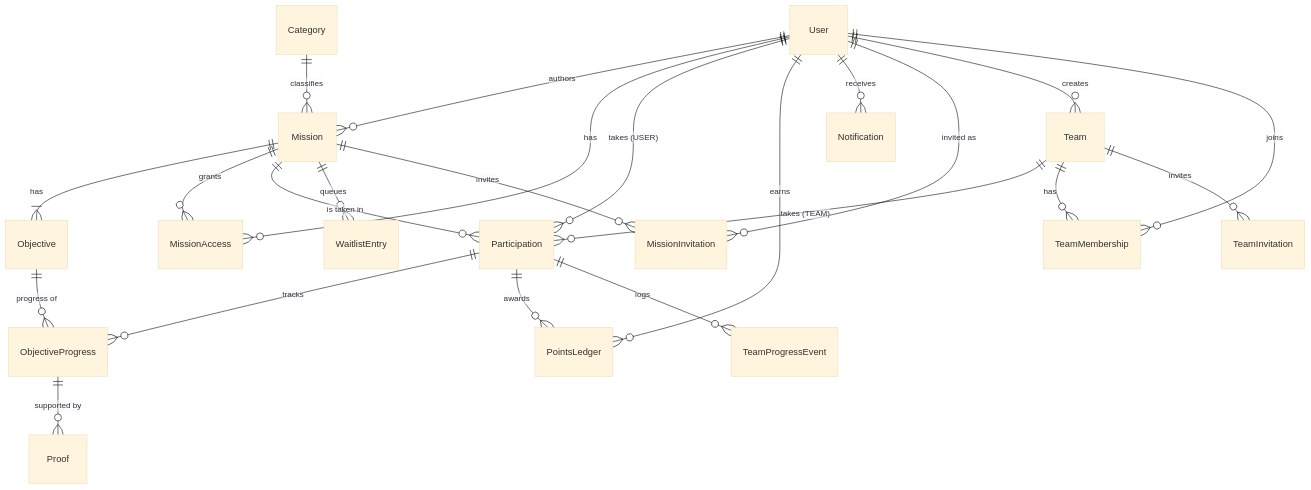
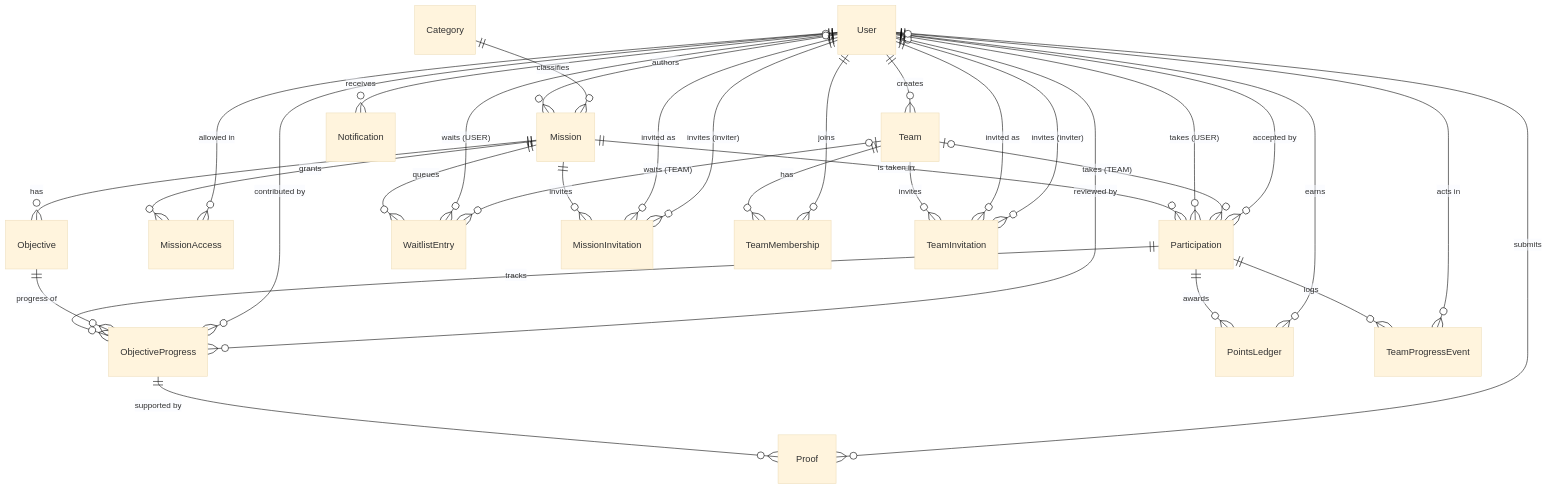
One commit to Mynamesdsuper/sidequest-group40 changed the diagram in docs/design/data-model.md. Above: the diagram before and after it, drawn with Mermaid (base theme). The commit also changed other lines of this file and 2 other files, not shown here.

````diff
--- a/docs/design/data-model.md
+++ b/docs/design/data-model.md
@@ -7,25 +20,35 @@
 ```mermaid
 erDiagram
   User ||--o{ Mission : authors
   Category ||--o{ Mission : classifies
-  Mission ||--|{ Objective : has
+  Mission ||--o{ Objective : has
   Mission ||--o{ MissionAccess : grants
-  User ||--o{ MissionAccess : has
+  User ||--o{ MissionAccess : "allowed in"
   Mission ||--o{ Participation : "is taken in"
-  User ||--o{ Participation : "takes (USER)"
-  Team ||--o{ Participation : "takes (TEAM)"
+  User |o--o{ Participation : "takes (USER)"
+  Team |o--o{ Participation : "takes (TEAM)"
+  User ||--o{ Participation : "accepted by"
   Participation ||--o{ ObjectiveProgress : tracks
   Objective ||--o{ ObjectiveProgress : "progress of"
+  User |o--o{ ObjectiveProgress : "contributed by"
+  User |o--o{ ObjectiveProgress : "reviewed by"
   ObjectiveProgress ||--o{ Proof : "supported by"
+  User ||--o{ Proof : submits
   Participation ||--o{ PointsLedger : awards
   User ||--o{ PointsLedger : earns
   User ||--o{ Notification : receives
   Mission ||--o{ WaitlistEntry : queues
+  User |o--o{ WaitlistEntry : "waits (USER)"
+  Team |o--o{ WaitlistEntry : "waits (TEAM)"
   Mission ||--o{ MissionInvitation : invites
   User ||--o{ MissionInvitation : "invited as"
+  User ||--o{ MissionInvitation : "invites (inviter)"
   User ||--o{ Team : creates
   Team ||--o{ TeamMembership : has
   User ||--o{ TeamMembership : joins
   Team ||--o{ TeamInvitation : invites
+  User ||--o{ TeamInvitation : "invited as"
+  User ||--o{ TeamInvitation : "invites (inviter)"
   Participation ||--o{ TeamProgressEvent : logs
+  User |o--o{ TeamProgressEvent : "acts in"
 ```
````
